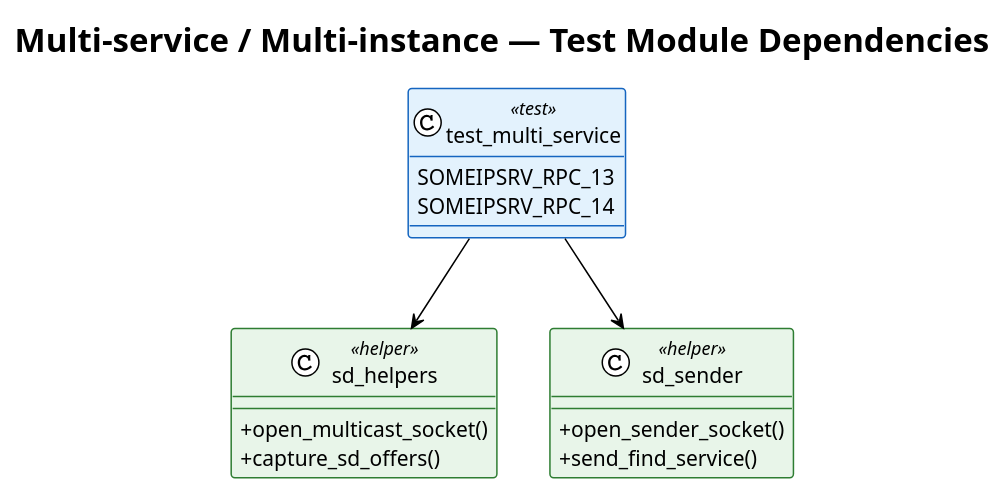
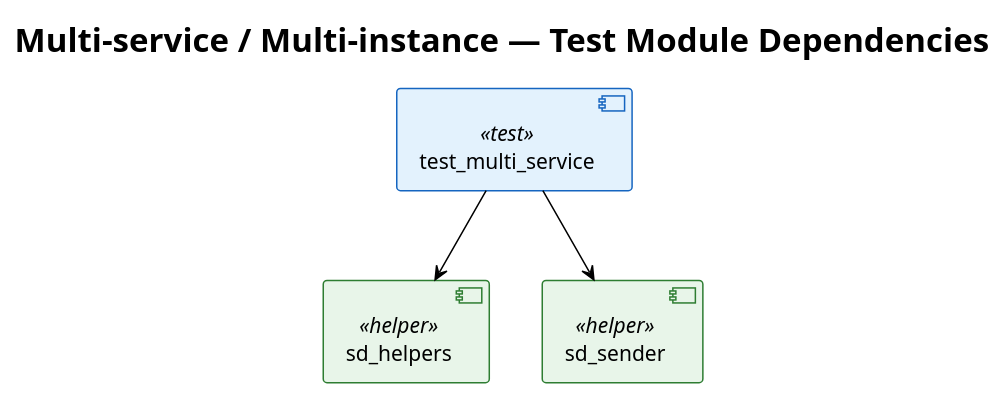
The fourth of 7 diagrams in docs/architecture/tc8_conformance_testing.rst (eclipse-score/inc_someip_gateway), drawn with PlantUML before and after one commit. The commit also changed other lines of this file and 5 other files, not shown here.

Commit message:
docs: trim TC8 architecture doc and move coverage to traceability.

```diff
--- a/docs/architecture/tc8_conformance_testing.rst
+++ b/docs/architecture/tc8_conformance_testing.rst
@@ -451,35 +247,22 @@
 .. uml::
 
    @startuml
    !theme plain
-   skinparam classAttributeIconSize 0
-   skinparam class {
+   scale max 800 width
+   skinparam component {
      BackgroundColor<<test>> #E3F2FD
      BorderColor<<test>> #1565C0
      BackgroundColor<<helper>> #E8F5E9
      BorderColor<<helper>> #2E7D32
    }
 
    title Multi-service / Multi-instance — Test Module Dependencies
 
-   class test_multi_service <<test>> {
-     SOMEIPSRV_RPC_13
-     SOMEIPSRV_RPC_14
-   }
+   [test_multi_service] <<test>>
 
-   class sd_helpers <<helper>> {
-     +open_multicast_socket()
-     +capture_sd_offers()
-   }
-   class sd_sender <<helper>> {
-     +open_sender_socket()
-     +send_find_service()
-   }
+   [sd_helpers] <<helper>>
+   [sd_sender] <<helper>>
 
-   ' layout
-   sd_helpers -right[hidden]- sd_sender
-
-   ' dependencies
-   test_multi_service -down-> sd_helpers
-   test_multi_service -down-> sd_sender
+   test_multi_service --> sd_helpers
+   test_multi_service --> sd_sender
    @enduml
```
